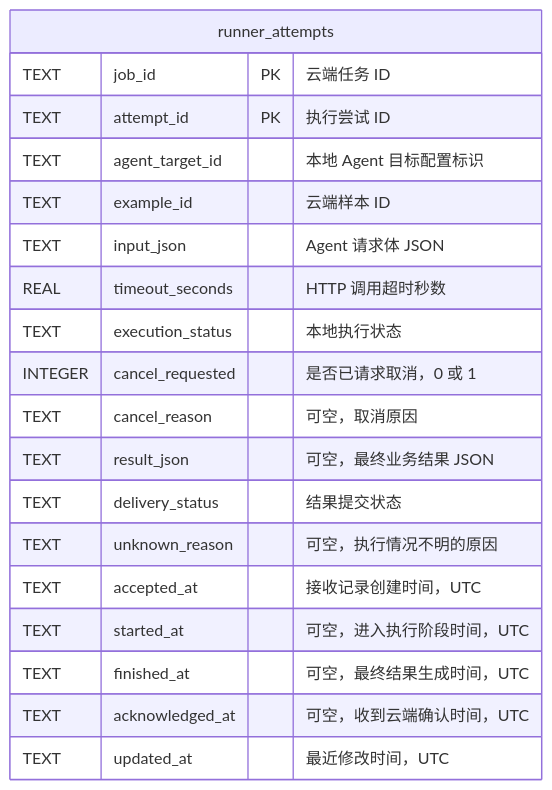
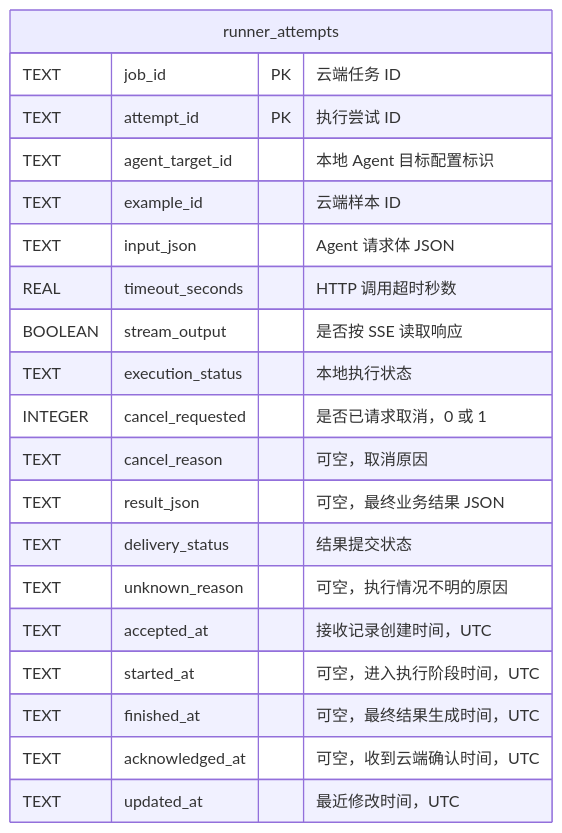
The diagram in docs/client/表设计.md (qinghuan136/EvalForge), drawn with Mermaid before and after one commit. The commit also changed other lines of this file and 11 other files, not shown here.

````diff
--- a/docs/client/表设计.md
+++ b/docs/client/表设计.md
@@ -25,22 +25,23 @@
 ```mermaid
 erDiagram
     runner_attempts {
         TEXT job_id PK "云端任务 ID"
         TEXT attempt_id PK "执行尝试 ID"
         TEXT agent_target_id "本地 Agent 目标配置标识"
         TEXT example_id "云端样本 ID"
         TEXT input_json "Agent 请求体 JSON"
         REAL timeout_seconds "HTTP 调用超时秒数"
+        BOOLEAN stream_output "是否按 SSE 读取响应"
         TEXT execution_status "本地执行状态"
         INTEGER cancel_requested "是否已请求取消，0 或 1"
         TEXT cancel_reason "可空，取消原因"
         TEXT result_json "可空，最终业务结果 JSON"
         TEXT delivery_status "结果提交状态"
         TEXT unknown_reason "可空，执行情况不明的原因"
         TEXT accepted_at "接收记录创建时间，UTC"
         TEXT started_at "可空，进入执行阶段时间，UTC"
         TEXT finished_at "可空，最终结果生成时间，UTC"
         TEXT acknowledged_at "可空，收到云端确认时间，UTC"
         TEXT updated_at "最近修改时间，UTC"
     }
 ```
````
